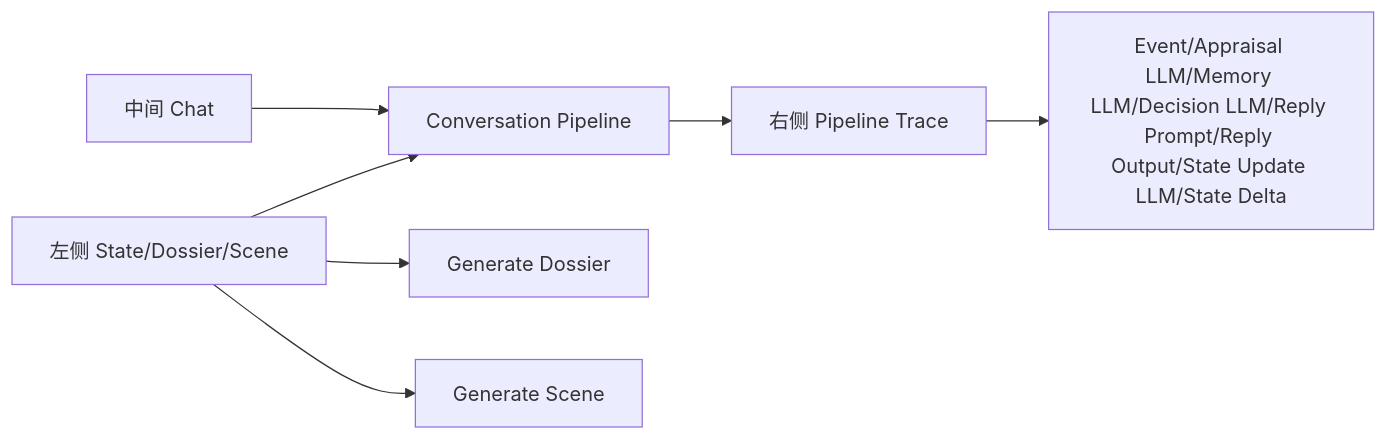
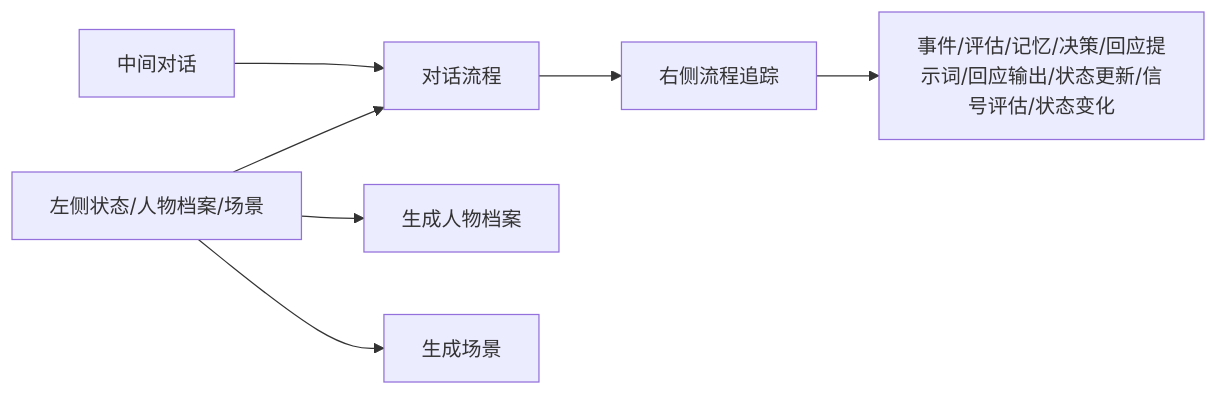
Before and after one commit to ttmanthatman/virtual-human-flow: the fifth of 5 diagrams in docs/SYSTEM_FLOW.md, drawn with Mermaid. The commit also changed other lines of this file and 17 other files, not shown here.

Commit message:
feat: add DeepSeek signal evaluation flow

````diff
--- a/docs/SYSTEM_FLOW.md
+++ b/docs/SYSTEM_FLOW.md
@@ -89,9 +90,9 @@
 ```mermaid
 flowchart LR
-    LEFT[左侧 State/Dossier/Scene] --> PIPE[Conversation Pipeline]
-    CHAT[中间 Chat] --> PIPE
-    PIPE --> TRACE[右侧 Pipeline Trace]
-    TRACE --> JSON[Event/Appraisal LLM/Memory LLM/Decision LLM/Reply Prompt/Reply Output/State Update LLM/State Delta]
-    LEFT --> GEN1[Generate Dossier]
-    LEFT --> GEN2[Generate Scene]
+    LEFT[左侧状态/人物档案/场景] --> PIPE[对话流程]
+    CHAT[中间对话] --> PIPE
+    PIPE --> TRACE[右侧流程追踪]
+    TRACE --> JSON[事件/评估/记忆/决策/回应提示词/回应输出/状态更新/信号评估/状态变化]
+    LEFT --> GEN1[生成人物档案]
+    LEFT --> GEN2[生成场景]
 ```
````
